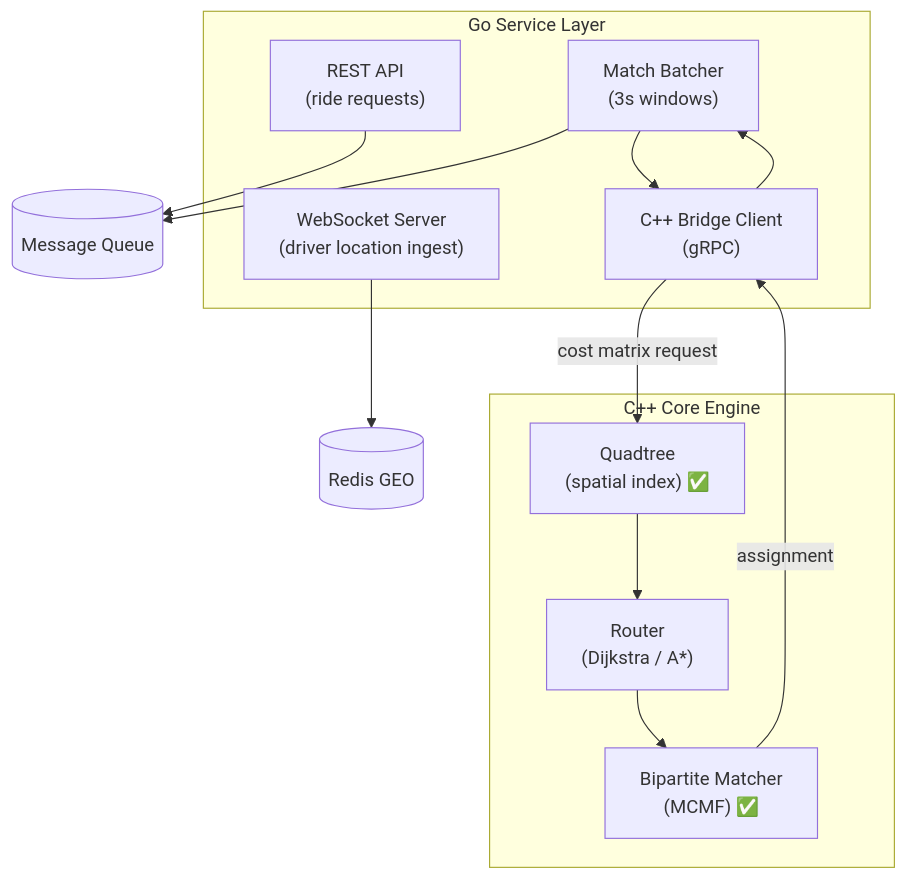
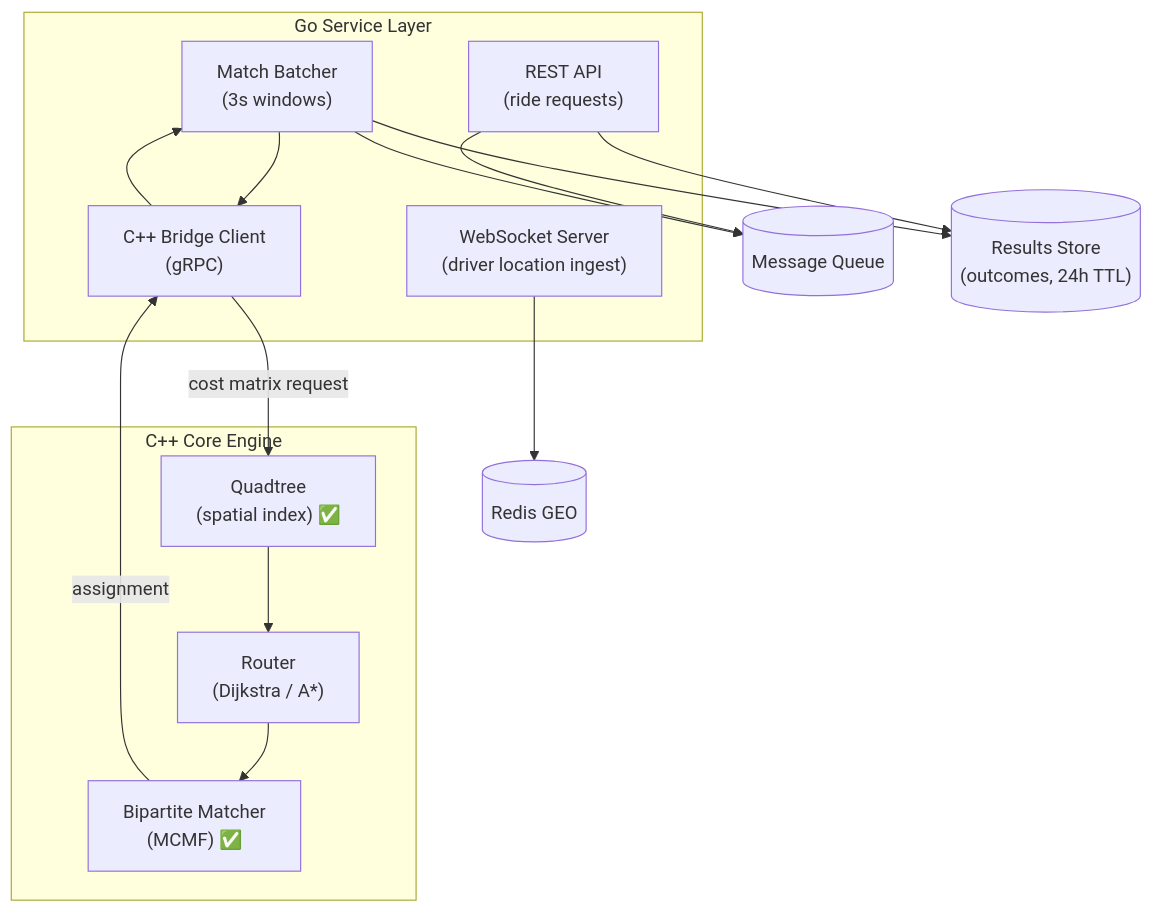
Before and after one commit to aristoncodes/Ride-matching-engine: the second of 4 diagrams in docs/Architecture.md, drawn with Mermaid. The commit also changed other lines of this file and 21 other files, not shown here.

````diff
--- a/docs/Architecture.md
+++ b/docs/Architecture.md
@@ -33,26 +33,29 @@
 ```mermaid
 flowchart TB
     subgraph GoLayer["Go Service Layer"]
       ws["WebSocket Server\n(driver location ingest)"]
       api["REST API\n(ride requests)"]
       batcher["Match Batcher\n(3s windows)"]
       bridge["C++ Bridge Client\n(gRPC)"]
     end
     subgraph CppCore["C++ Core Engine"]
       qt["Quadtree\n(spatial index) ✅"]
       router["Router\n(Dijkstra / A*)"]
       matcher["Bipartite Matcher\n(MCMF) ✅"]
     end
     redis[("Redis GEO")]
     queue[("Message Queue")]
+    outcomes[("Results Store\n(outcomes, 24h TTL)")]
 
     ws --> redis
     api --> queue
+    api --> outcomes
+    batcher --> outcomes
     batcher --> queue
     batcher --> bridge
     bridge -->|cost matrix request| qt
     qt --> router
     router --> matcher
     matcher -->|assignment| bridge
     bridge --> batcher
 ```
````
